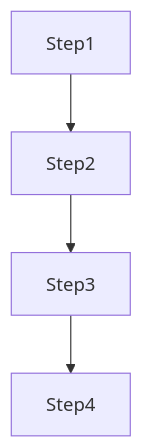
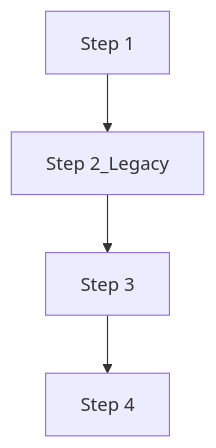
One commit to jibarozzo/VariantCallingPipeline changed the first of 3 diagrams in variant_calling/README.md. Above: the diagram before and after it, drawn with Mermaid. The commit also changed other lines of this file and 5 other files, not shown here.

Commit message:
New README information. Splir Step2 into Step2_Legacy and Step2_Alter.

````diff
--- a/variant_calling/README.md
+++ b/variant_calling/README.md
@@ -5,4 +11,4 @@
 ```mermaid
 graph TD
-    A[Step1] --> B[Step2] --> C[Step3] --> D[Step4] 
+    A[Step 1] --> B[Step 2_Legacy] --> C[Step 3] --> D[Step 4] 
 ```
````
